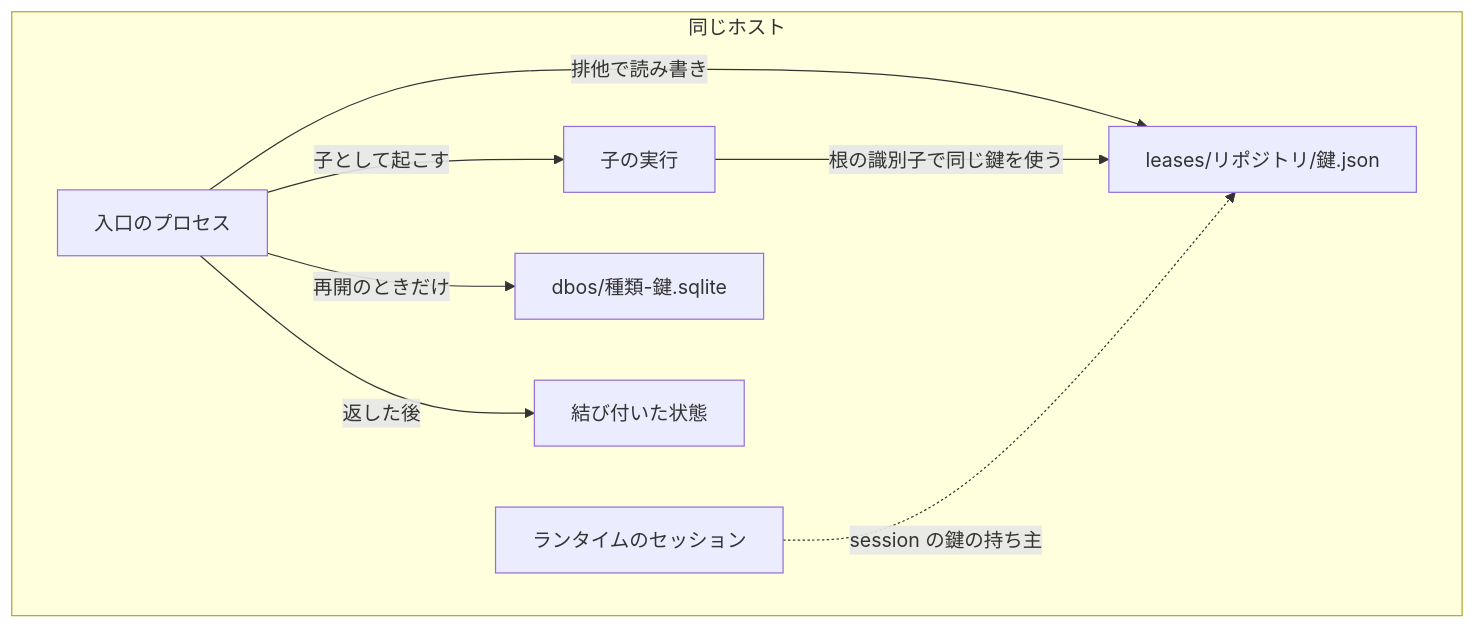
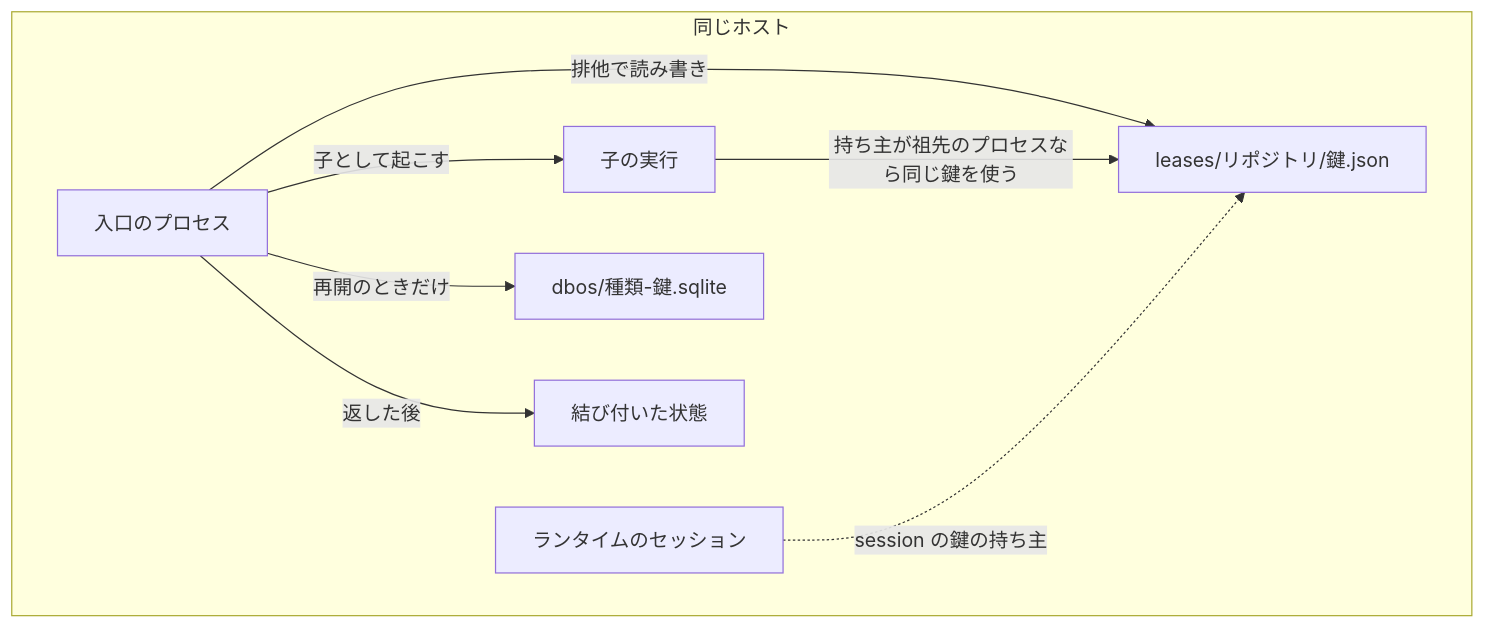
Before and after one commit to devbasex/ai-plugins: the second of 7 diagrams in issues/issue-2342-design.md, drawn with Mermaid. The commit also changed other lines of this file and 2 other files, not shown here.

````diff
--- a/issues/issue-2342-design.md
+++ b/issues/issue-2342-design.md
@@ -192,11 +192,11 @@
 ```mermaid
 graph TD
     subgraph 同じホスト
         A[入口のプロセス] -->|排他で読み書き| LE[leases/リポジトリ/鍵.json]
         A -->|子として起こす| B[子の実行]
-        B -->|根の識別子で同じ鍵を使う| LE
+        B -->|持ち主が祖先のプロセスなら同じ鍵を使う| LE
         S[ランタイムのセッション] -.->|session の鍵の持ち主| LE
         A -->|再開のときだけ| DB[dbos/種類-鍵.sqlite]
         A -->|返した後| W[結び付いた状態]
     end
 ```
````
